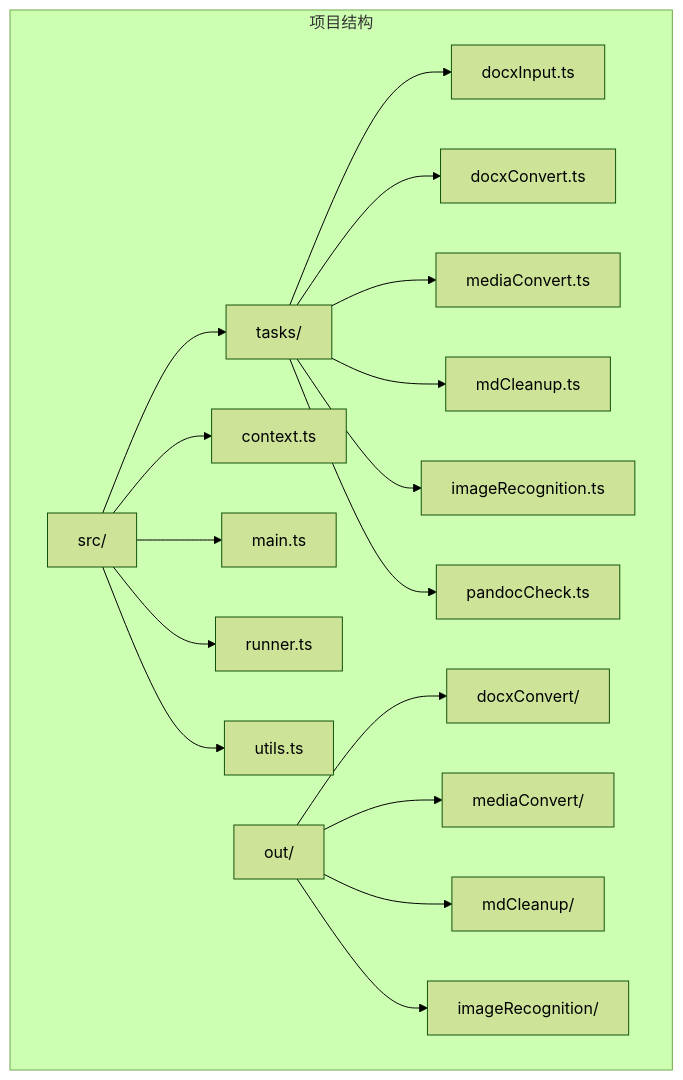
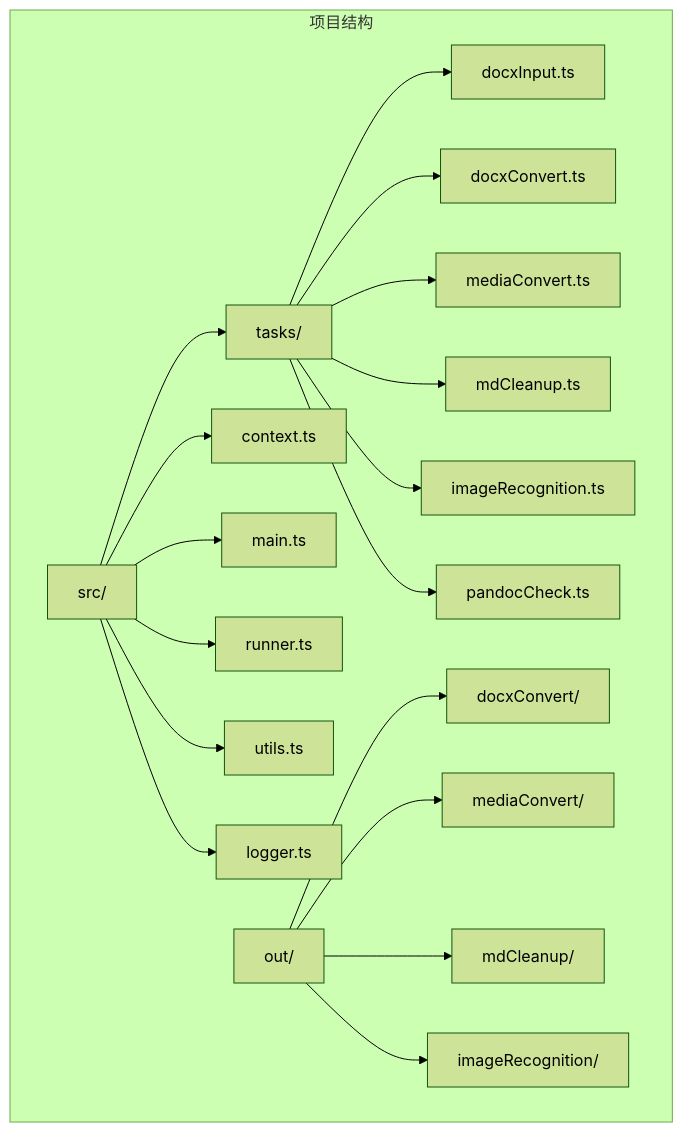
The first of 7 diagrams in .qoder/repowiki/zh/content/转换模块详解/AI图像识别模块.md (hllshiro/doc2md-cli), drawn with Mermaid (forest theme) before and after one commit. The commit also changed other lines of this file and 4 other files, not shown here.

````diff
--- a/.qoder/repowiki/zh/content/转换模块详解/AI图像识别模块.md
+++ b/.qoder/repowiki/zh/content/转换模块详解/AI图像识别模块.md
@@ -49,20 +51,21 @@
 ```mermaid
 graph TB
 subgraph "项目结构"
 A[src/] --> B[tasks/]
 A --> C[context.ts]
 A --> D[main.ts]
 A --> E[runner.ts]
 A --> F[utils.ts]
-B --> G[docxInput.ts]
-B --> H[docxConvert.ts]
-B --> I[mediaConvert.ts]
-B --> J[mdCleanup.ts]
-B --> K[imageRecognition.ts]
-B --> L[pandocCheck.ts]
-M[out/] --> N[docxConvert/]
-M --> O[mediaConvert/]
-M --> P[mdCleanup/]
-M --> Q[imageRecognition/]
+A --> G[logger.ts]
+B --> H[docxInput.ts]
+B --> I[docxConvert.ts]
+B --> J[mediaConvert.ts]
+B --> K[mdCleanup.ts]
+B --> L[imageRecognition.ts]
+B --> M[pandocCheck.ts]
+N[out/] --> O[docxConvert/]
+N --> P[mediaConvert/]
+N --> Q[mdCleanup/]
+N --> R[imageRecognition/]
 end
 ```
````
